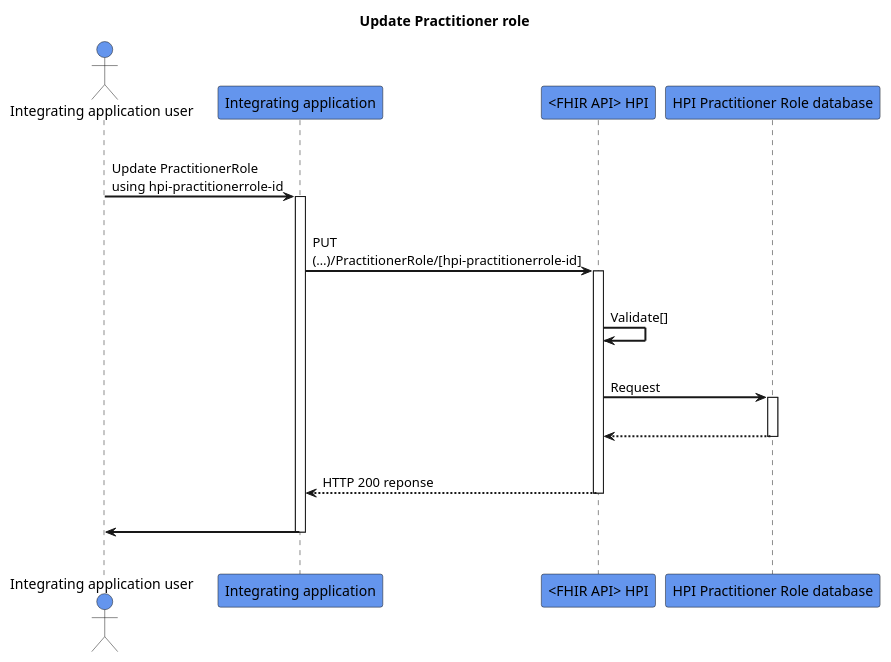
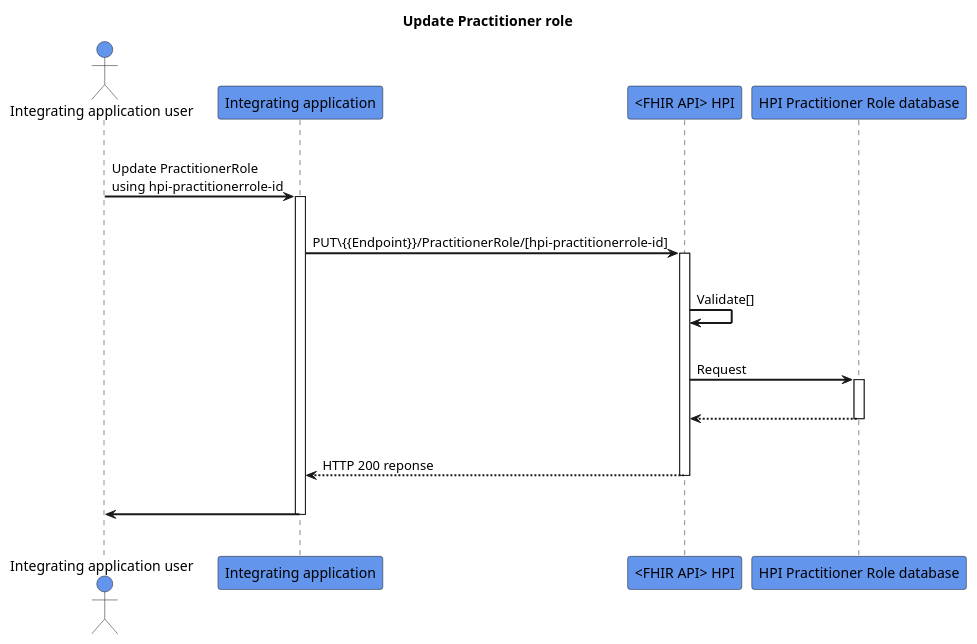
The diagram in input/images-source/update-practitionerrole.plantuml (HL7NZ/hpi), drawn with PlantUML before and after one commit.

```diff
--- a/input/images-source/update-practitionerrole.plantuml
+++ b/input/images-source/update-practitionerrole.plantuml
@@ -1,33 +1,32 @@
 @startuml
 skinparam sequenceArrowThickness 2
 skinparam roundcorner 5
 skinparam maxmessagesize 180
 skinparam sequenceParticipant bold
 title Update Practitioner role
 actor "Integrating application user" as User #CornflowerBlue
 participant "Integrating application" as A #CornflowerBlue
 participant "<FHIR API> HPI" as B #CornflowerBlue
 participant "HPI Practitioner Role database" as C #CornflowerBlue
 |||
 User -> A: Update PractitionerRole using hpi-practitionerrole-id
 activate A
 |||
-A -> B: PUT (…)/PractitionerRole/[hpi-practitionerrole-id]
+A -> B: PUT\{{Endpoint}}/PractitionerRole/[hpi-practitionerrole-id]
 activate B
 |||
 B -> B: Validate[]
 |||
 B -> C: Request
 activate C
 |||
-
 C -[dashed]-> B: 
 deactivate C
 |||
 B -[dashed]-> A:HTTP 200 reponse
 deactivate B
 |||
 A -> User: 
 deactivate A
 |||
 @enduml
```
